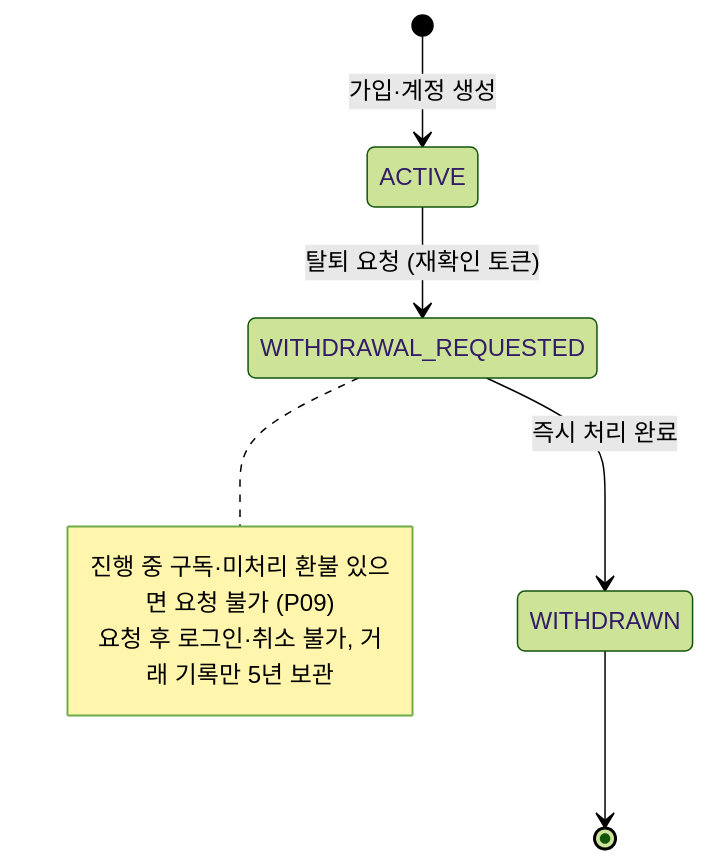
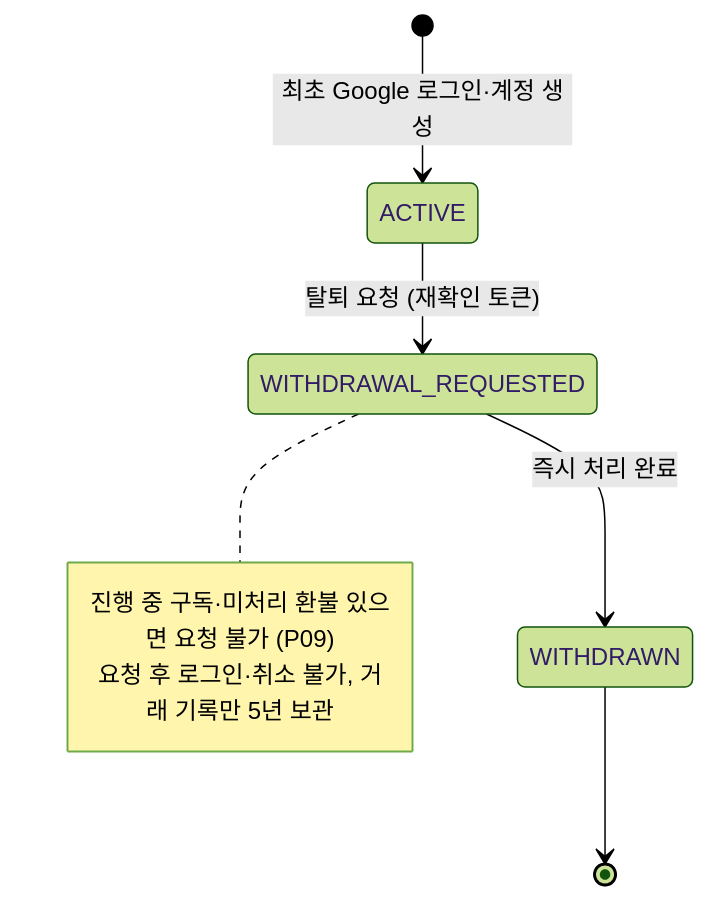
The first of 17 diagrams in docs/design/state-diagram.md (SKNETWORKS-FAMILY-AICAMP/SKN34-FINAL-3TEAM), drawn with Mermaid (forest theme) before and after one commit. The commit also changed other lines of this file and 9 other files, not shown here.

````diff
--- a/docs/design/state-diagram.md
+++ b/docs/design/state-diagram.md
@@ -27,11 +27,11 @@
 ```mermaid
 stateDiagram-v2
-  [*] --> ACTIVE: 가입·계정 생성
+  [*] --> ACTIVE: 최초 Google 로그인·계정 생성
   ACTIVE --> WITHDRAWAL_REQUESTED: 탈퇴 요청 (재확인 토큰)
   WITHDRAWAL_REQUESTED --> WITHDRAWN: 즉시 처리 완료
   WITHDRAWN --> [*]
   note right of WITHDRAWAL_REQUESTED
     진행 중 구독·미처리 환불 있으면 요청 불가 (P09)
     요청 후 로그인·취소 불가, 거래 기록만 5년 보관
   end note
 ```
````
